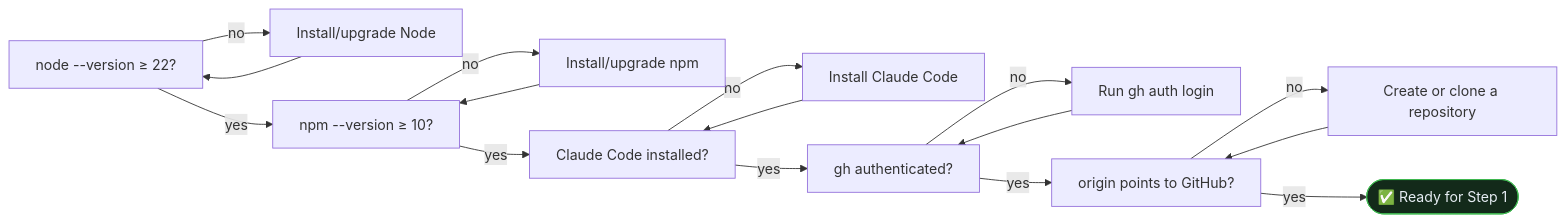
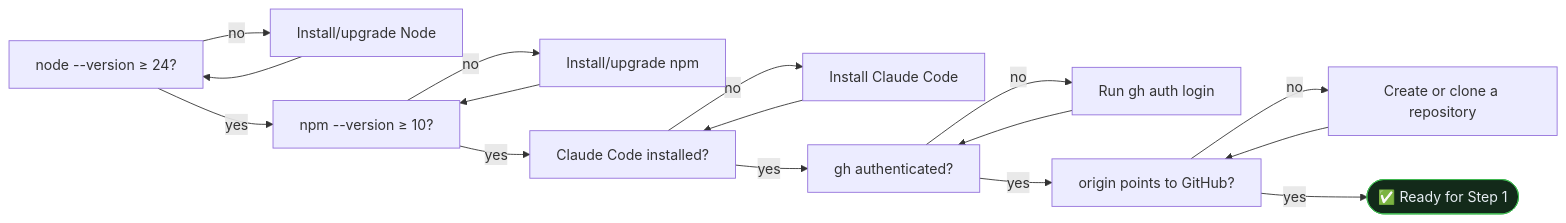
One commit to open-gsd/gsd-core changed the third of 6 diagrams in docs/tutorials/your-first-project.md. Above: the diagram before and after it, drawn with Mermaid. The commit also changed other lines of this file and 4 other files, not shown here.

Commit message:
docs(#6775): state the Node.js 24 floor the package enforces in the tutorials and install how-tos

````diff
--- a/docs/tutorials/your-first-project.md
+++ b/docs/tutorials/your-first-project.md
@@ -149,15 +149,15 @@
 ```mermaid
 flowchart LR
-    A[node --version ≥ 22?] -->|no| A1[Install/upgrade Node] --> A
+    A[node --version ≥ 24?] -->|no| A1[Install/upgrade Node] --> A
     A -->|yes| B[npm --version ≥ 10?]
     B -->|no| B1[Install/upgrade npm] --> B
     B -->|yes| C[Claude Code installed?]
     C -->|no| C1[Install Claude Code] --> C
     C -->|yes| D[gh authenticated?]
     D -->|no| D1[Run gh auth login] --> D
     D -->|yes| E[origin points to GitHub?]
     E -->|no| E1[Create or clone a repository] --> E
     E -->|yes| R([✅ Ready for Step 1])
     classDef ok fill:#132a1a,stroke:#3fb950,color:#e6edf3;
     class R ok;
 ```
````
